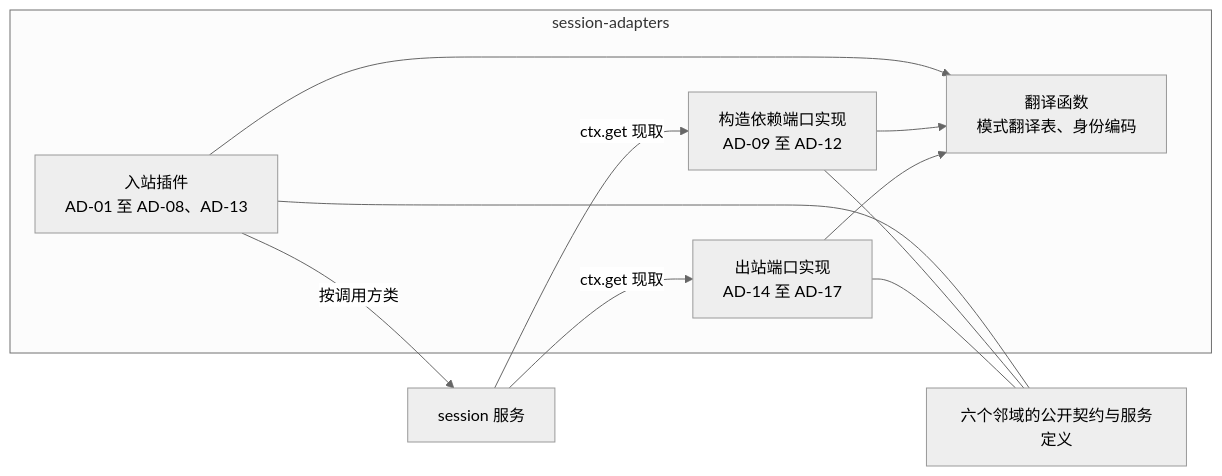
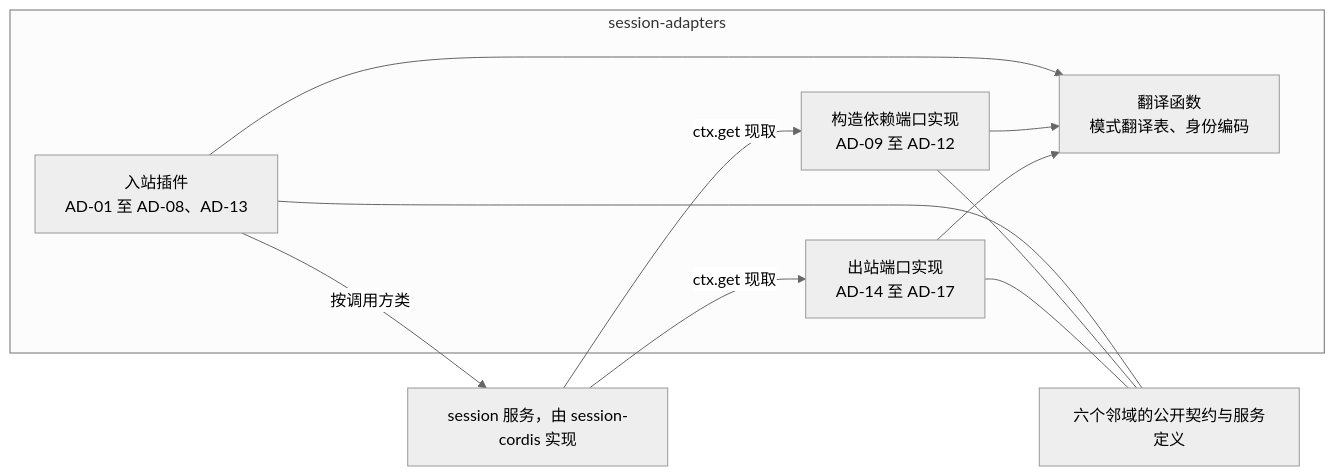
Before and after one commit to nemori-ai/omne-harness-lite: the diagram in packages/session/session-adapters/docs/architecture.md, drawn with Mermaid (neutral theme). The commit also changed other lines of this file and 29 other files, not shown here.

````diff
--- a/packages/session/session-adapters/docs/architecture.md
+++ b/packages/session/session-adapters/docs/architecture.md
@@ -28,18 +28,18 @@
 ```mermaid
 flowchart LR
   subgraph Adapters[session-adapters]
     In[入站插件<br/>AD-01 至 AD-08、AD-13]
     Ports[构造依赖端口实现<br/>AD-09 至 AD-12]
     Out[出站端口实现<br/>AD-14 至 AD-17]
     Tr[翻译函数<br/>模式翻译表、身份编码]
   end
   In --> Tr
   Ports --> Tr
   Out --> Tr
-  In -->|按调用方类| Session[session 服务]
+  In -->|按调用方类| Session[session 服务，由 session-cordis 实现]
   Session -->|ctx.get 现取| Ports
   Session -->|ctx.get 现取| Out
   In --- Neighbors[六个邻域的公开契约与服务定义]
   Ports --- Neighbors
   Out --- Neighbors
 ```
````
